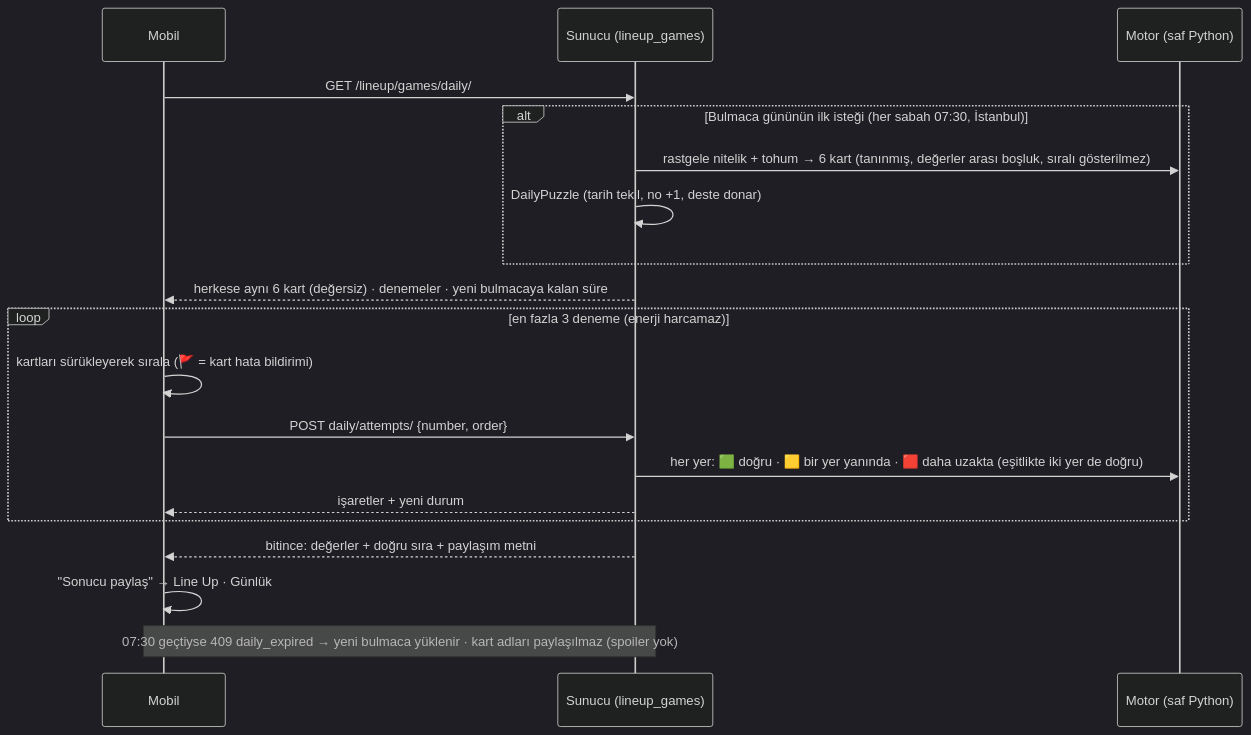
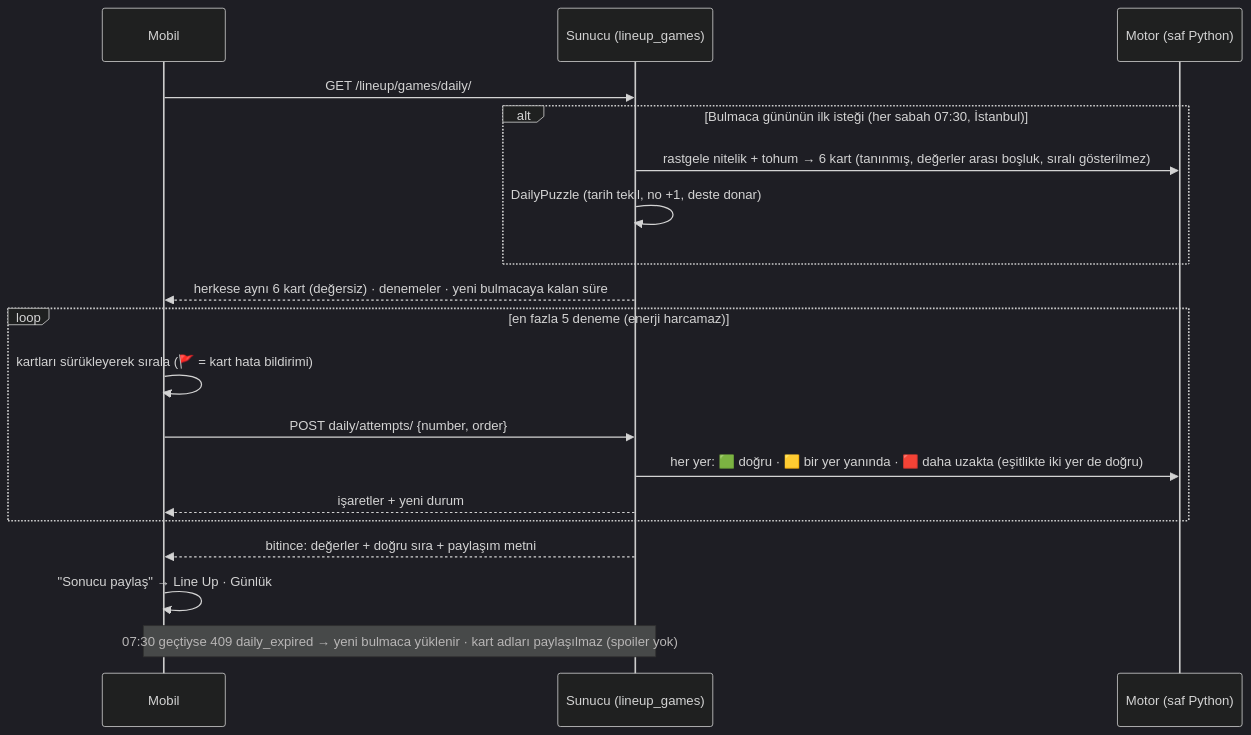
Before and after one commit to anilcelik0/saving: the seventh of 9 diagrams in docs/FLOW_lineup.md, drawn with Mermaid (dark theme). The commit also changed 12 other files, not shown here.

````diff
--- a/docs/FLOW_lineup.md
+++ b/docs/FLOW_lineup.md
@@ -177,21 +177,21 @@
 ```mermaid
 sequenceDiagram
     participant M as Mobil
     participant S as Sunucu (lineup_games)
     participant E as Motor (saf Python)
     M->>S: GET /lineup/games/daily/
     alt Bulmaca gününün ilk isteği (her sabah 07:30, İstanbul)
         S->>E: rastgele nitelik + tohum → 6 kart (tanınmış, değerler arası boşluk, sıralı gösterilmez)
         S->>S: DailyPuzzle (tarih tekil, no +1, deste donar)
     end
     S-->>M: herkese aynı 6 kart (değersiz) · denemeler · yeni bulmacaya kalan süre
-    loop en fazla 3 deneme (enerji harcamaz)
+    loop en fazla 5 deneme (enerji harcamaz)
         M->>M: kartları sürükleyerek sırala (🚩 = kart hata bildirimi)
         M->>S: POST daily/attempts/ {number, order}
         S->>E: her yer: 🟩 doğru · 🟨 bir yer yanında · 🟥 daha uzakta (eşitlikte iki yer de doğru)
         S-->>M: işaretler + yeni durum
     end
     S-->>M: bitince: değerler + doğru sıra + paylaşım metni
     M->>M: "Sonucu paylaş" → Line Up · Günlük #12 (Nüfus) / 🟥🟨🟩… / 🟩🟩🟩… – 2. deneme
     Note over M,S: 07:30 geçtiyse 409 daily_expired → yeni bulmaca yüklenir · kart adları paylaşılmaz (spoiler yok)
 ```
````
